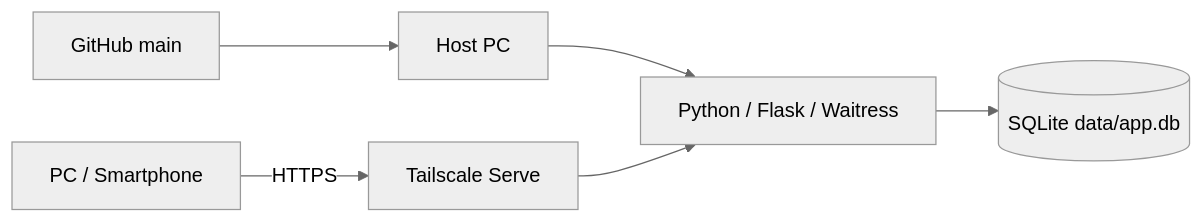
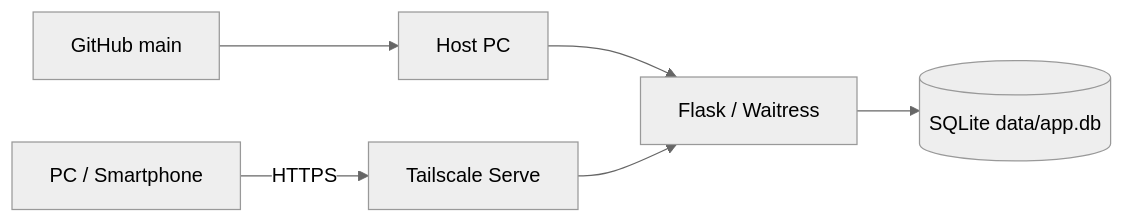
The first of 5 diagrams in docs/DEPLOYMENT.md (k-systems202208/python-sqlite-tailscale-webapp-template), drawn with Mermaid (neutral theme) before and after one commit. The commit also changed other lines of this file and 42 other files, not shown here.

````diff
--- a/docs/DEPLOYMENT.md
+++ b/docs/DEPLOYMENT.md
@@ -7,8 +7,8 @@
 ```mermaid
 flowchart LR
     G["GitHub main"] --> H["Host PC"]
-    H --> P["Python / Flask / Waitress"]
+    H --> P["Flask / Waitress"]
     P --> D[("SQLite data/app.db")]
     T["Tailscale Serve"] --> P
     U["PC / Smartphone"] -->|"HTTPS"| T
 ```
````
